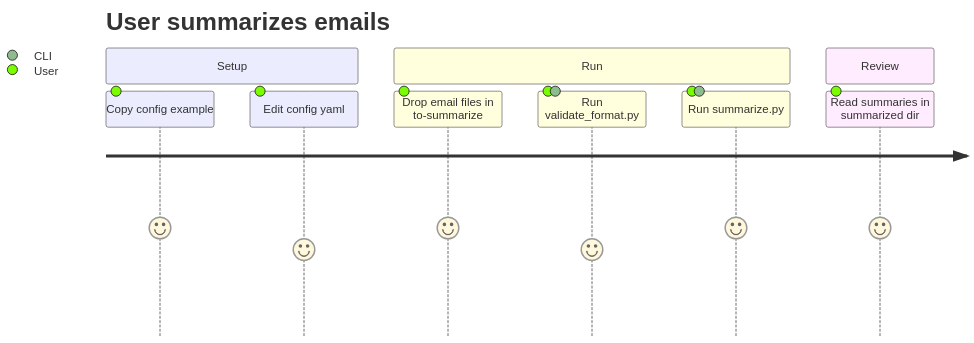
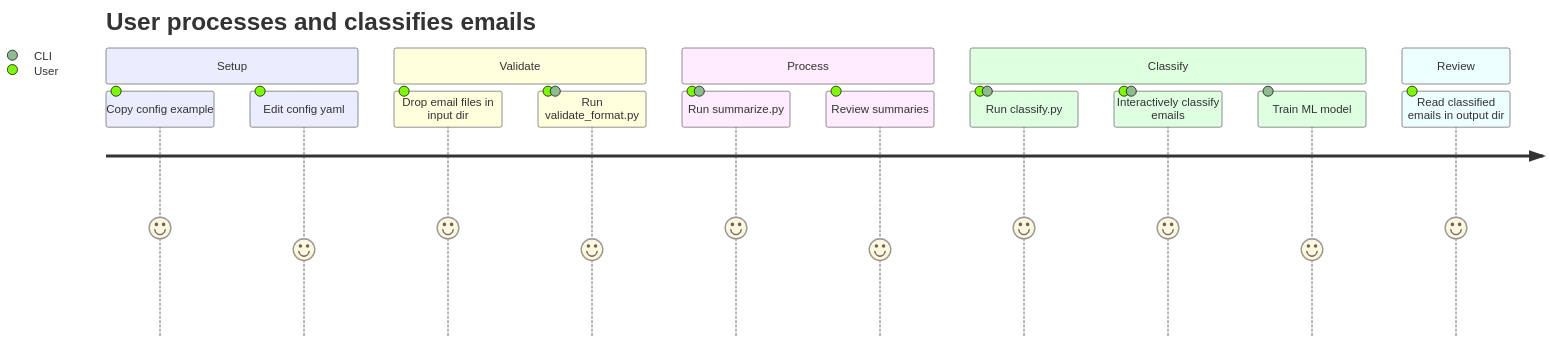
The diagram in aidd_docs/memory/project_brief.md (RebelliousSmile/email-to-markdown-tools), drawn with Mermaid before and after one commit. The commit also changed other lines of this file and 132 other files, not shown here.

````diff
--- a/aidd_docs/memory/project_brief.md
+++ b/aidd_docs/memory/project_brief.md
@@ -41,15 +47,21 @@
 ```mermaid
 ---
-title: User summarizes emails
+title: User processes and classifies emails
 ---
 journey
   section Setup
     Copy config example: 5: User
     Edit config yaml: 4: User
-  section Run
-    Drop email files in to-summarize: 5: User
+  section Validate
+    Drop email files in input dir: 5: User
     Run validate_format.py: 4: User, CLI
+  section Process
     Run summarize.py: 5: User, CLI
+    Review summaries: 4: User
+  section Classify
+    Run classify.py: 5: User, CLI
+    Interactively classify emails: 5: User, CLI
+    Train ML model: 4: CLI
   section Review
-    Read summaries in summarized dir: 5: User
+    Read classified emails in output dir: 5: User
 ```
````
